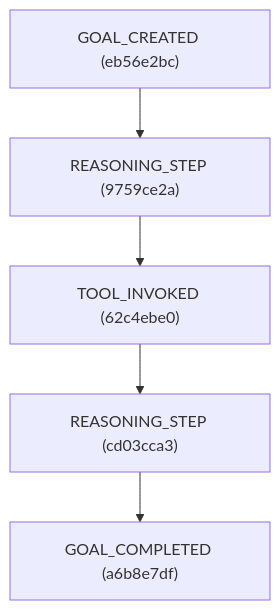
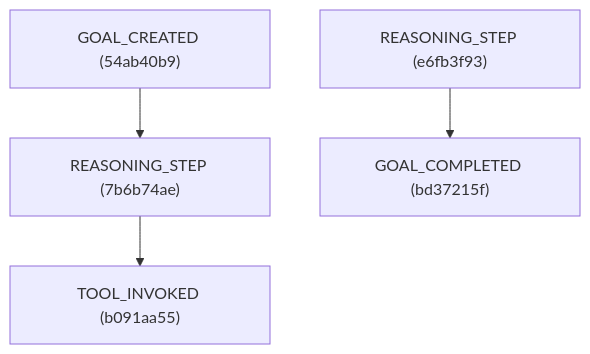
One commit to miltzhaw/langraph_playground changed the third of 4 diagrams in research_paper_analysis_visualization.md. Above: the diagram before and after it, drawn with Mermaid. The commit also changed other lines of this file and 10 other files, not shown here.

````diff
--- a/research_paper_analysis_visualization.md
+++ b/research_paper_analysis_visualization.md
@@ -35,12 +35,11 @@
 ```mermaid
 graph TD
-    eb56e2bc["GOAL_CREATED (eb56e2bc)"]
-    9759ce2a["REASONING_STEP (9759ce2a)"]
-    62c4ebe0["TOOL_INVOKED (62c4ebe0)"]
-    cd03cca3["REASONING_STEP (cd03cca3)"]
-    a6b8e7df["GOAL_COMPLETED (a6b8e7df)"]
-    eb56e2bc --> 9759ce2a
-    cd03cca3 --> a6b8e7df
-    9759ce2a --> 62c4ebe0
-    62c4ebe0 --> cd03cca3
+    54ab40b9["GOAL_CREATED (54ab40b9)"]
+    7b6b74ae["REASONING_STEP (7b6b74ae)"]
+    b091aa55["TOOL_INVOKED (b091aa55)"]
+    e6fb3f93["REASONING_STEP (e6fb3f93)"]
+    bd37215f["GOAL_COMPLETED (bd37215f)"]
+    54ab40b9 --> 7b6b74ae
+    7b6b74ae --> b091aa55
+    e6fb3f93 --> bd37215f
 ```
````
